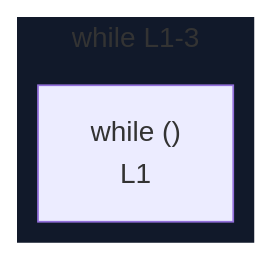
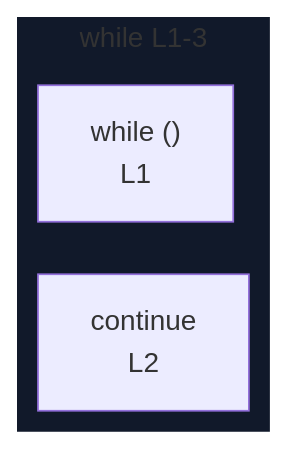
The diagram in integration/fixtures/iteration-statement/while/bare-continue/preview.md (crescware/unsnarl), drawn with Mermaid before and after one commit. The commit also changed 352 other files, not shown here.

````diff
--- a/integration/fixtures/iteration-statement/while/bare-continue/preview.md
+++ b/integration/fixtures/iteration-statement/while/bare-continue/preview.md
@@ -13,10 +13,11 @@
 ```mermaid
 %%{init: {"flowchart": {"defaultRenderer": "elk"}}}%%
 flowchart RL
   subgraph s_scope_1["while L1-3"]
     direction RL
     while_test_scope_0_0["while ()<br/>L1"]
+    bc_continue_24["continue<br/>L2"]
   end
   classDef nestL1 fill:#11192a,stroke:transparent;
   class s_scope_1 nestL1;
 ```
````
